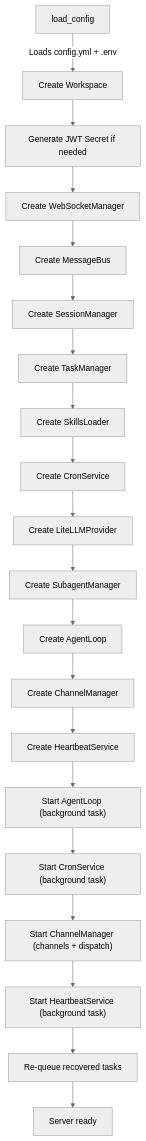
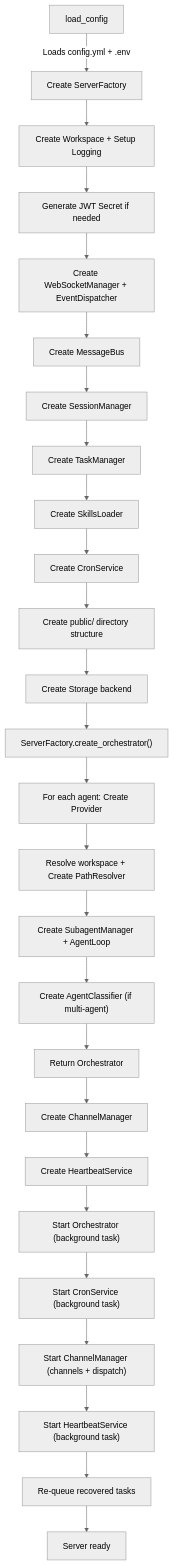
One commit to openbotx/openbotx changed the second of 19 diagrams in docs/flow.md. Above: the diagram before and after it, drawn with Mermaid (neutral theme). The commit also changed other lines of this file and 57 other files, not shown here.

````diff
--- a/docs/flow.md
+++ b/docs/flow.md
@@ -71,22 +71,28 @@
 ```mermaid
 graph TD
-    A[load_config] -->|Loads config.yml + .env| B[Create Workspace]
-    B --> C[Generate JWT Secret if needed]
-    C --> D[Create WebSocketManager]
-    D --> E[Create MessageBus]
-    E --> F[Create SessionManager]
-    F --> G[Create TaskManager]
-    G --> H[Create SkillsLoader]
-    H --> I[Create CronService]
-    I --> J[Create LiteLLMProvider]
-    J --> K[Create SubagentManager]
-    K --> L[Create AgentLoop]
-    L --> M[Create ChannelManager]
-    M --> N[Create HeartbeatService]
-    N --> O["Start AgentLoop (background task)"]
-    O --> P["Start CronService (background task)"]
-    P --> Q["Start ChannelManager (channels + dispatch)"]
-    Q --> R["Start HeartbeatService (background task)"]
-    R --> S[Re-queue recovered tasks]
-    S --> T[Server ready]
+    A[load_config] -->|Loads config.yml + .env| B[Create ServerFactory]
+    B --> C[Create Workspace + Setup Logging]
+    C --> D[Generate JWT Secret if needed]
+    D --> E[Create WebSocketManager + EventDispatcher]
+    E --> F[Create MessageBus]
+    F --> G[Create SessionManager]
+    G --> H[Create TaskManager]
+    H --> I[Create SkillsLoader]
+    I --> J[Create CronService]
+    J --> K[Create public/ directory structure]
+    K --> L[Create Storage backend]
+    L --> M["ServerFactory.create_orchestrator()"]
+    M --> M1["For each agent: Create Provider"]
+    M1 --> M2["Resolve workspace + Create PathResolver"]
+    M2 --> M3["Create SubagentManager + AgentLoop"]
+    M3 --> M4["Create AgentClassifier (if multi-agent)"]
+    M4 --> M5["Return Orchestrator"]
+    M5 --> N[Create ChannelManager]
+    N --> O[Create HeartbeatService]
+    O --> P["Start Orchestrator (background task)"]
+    P --> Q["Start CronService (background task)"]
+    Q --> R["Start ChannelManager (channels + dispatch)"]
+    R --> S["Start HeartbeatService (background task)"]
+    S --> T[Re-queue recovered tasks]
+    T --> U[Server ready]
 ```
````
